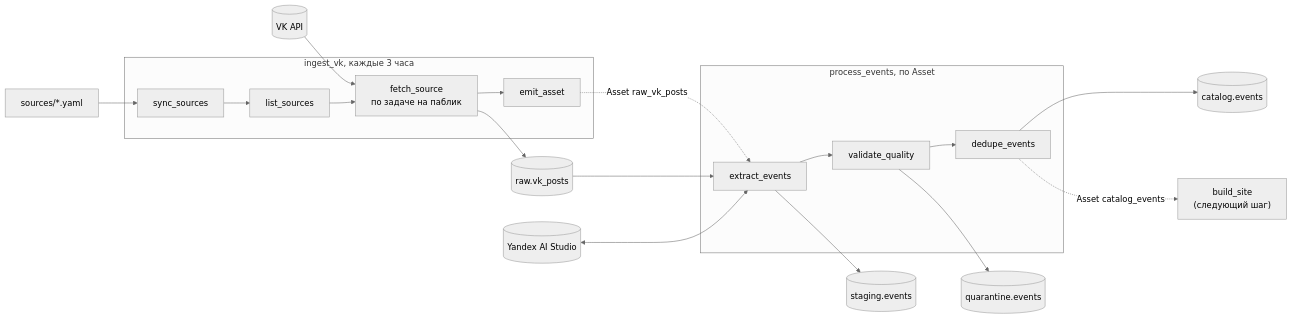
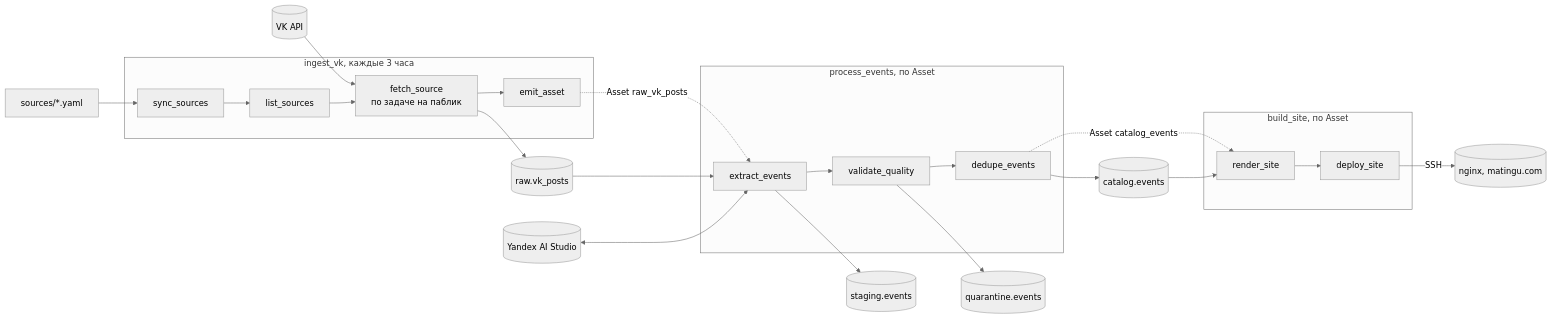
Before and after one commit to hmdlf/funfinder: the diagram in README.md, drawn with Mermaid (neutral theme). The commit also changed other lines of this file and 26 other files, not shown here.

Commit message:
Add static site: build_site DAG, Jinja2 templates, SSH deploy, nginx config

````diff
--- a/README.md
+++ b/README.md
@@ -11,19 +11,24 @@
 ```mermaid
 flowchart LR
     Y[sources/*.yaml] --> S
     VK[(VK API)] --> F
     subgraph ingest_vk ["ingest_vk, каждые 3 часа"]
         S[sync_sources] --> L[list_sources] --> F["fetch_source<br/>по задаче на паблик"] --> E[emit_asset]
     end
     F --> R[(raw.vk_posts)]
     E -.->|Asset raw_vk_posts| X
     subgraph process_events ["process_events, по Asset"]
         X[extract_events] --> V[validate_quality] --> D[dedupe_events]
     end
     R --> X
     LLM[(Yandex AI Studio)] <--> X
     X --> ST[(staging.events)]
     V --> Q[(quarantine.events)]
     D --> C[(catalog.events)]
-    D -.->|Asset catalog_events| B["build_site<br/>(следующий шаг)"]
+    D -.->|Asset catalog_events| RS
+    subgraph build_site ["build_site, по Asset"]
+        RS[render_site] --> DS[deploy_site]
+    end
+    C --> RS
+    DS -->|SSH| W[(nginx, matingu.com)]
 ```
````
